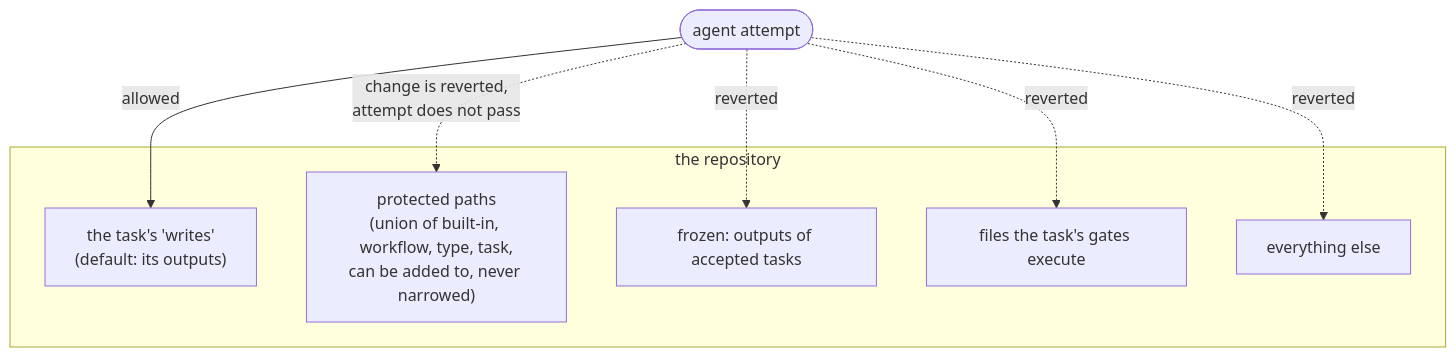
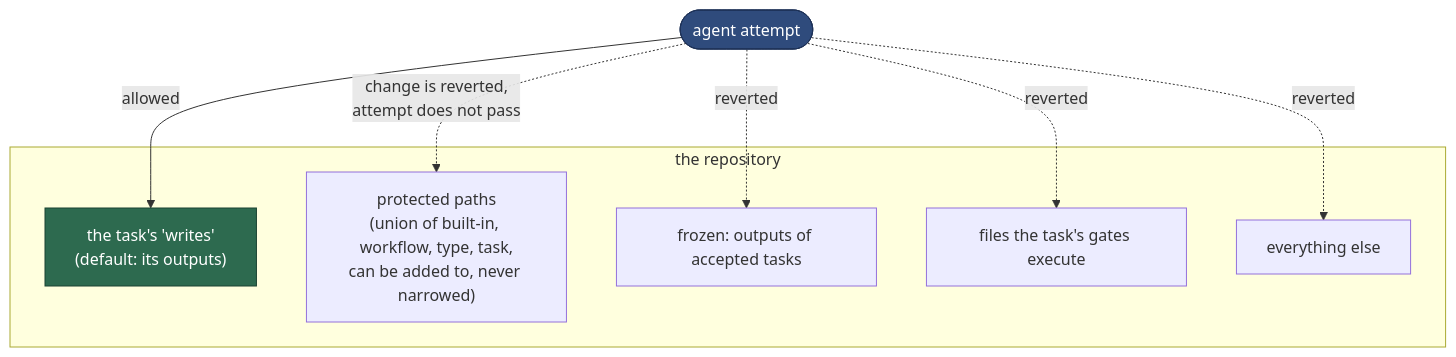
One commit to miavenet/mv-aipp101-starter changed the second of 5 diagrams in task_runner/docs/tutorial/04-safety-git-and-recovery.md. Above: the diagram before and after it, drawn with Mermaid. The commit also changed other lines of this file and 6 other files, not shown here.

````diff
--- a/task_runner/docs/tutorial/04-safety-git-and-recovery.md
+++ b/task_runner/docs/tutorial/04-safety-git-and-recovery.md
@@ -38,15 +39,20 @@
 ```mermaid
 flowchart TB
     subgraph tree["the repository"]
         W["the task's 'writes'<br/>(default: its outputs)"]
         PR["protected paths<br/>(union of built-in, workflow, type, task,<br/>can be added to, never narrowed)"]
         FR["frozen: outputs of accepted tasks"]
         GX["files the task's gates execute"]
         O["everything else"]
     end
     AG(["agent attempt"]) -- "allowed" --> W
     AG -. "change is reverted,<br/>attempt does not pass" .-> PR
     AG -. "reverted" .-> FR
     AG -. "reverted" .-> GX
     AG -. "reverted" .-> O
+
+    classDef produce fill:#2f4b7c,stroke:#1d3157,color:#ffffff
+    classDef ok fill:#2d6a4f,stroke:#1b4332,color:#ffffff
+    class AG produce
+    class W ok
 ```
````
